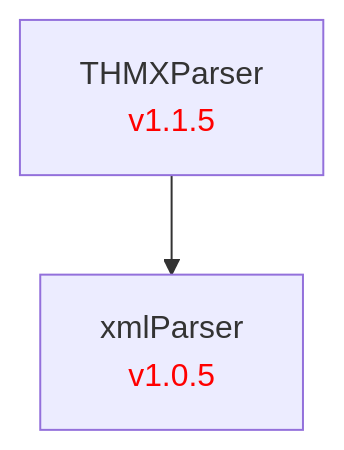
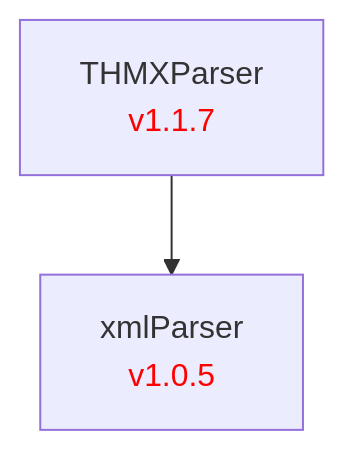
One commit to LBNL-ETA/THMXParser changed the diagram in doc/THMXParser.md. Above: the diagram before and after it, drawn with Mermaid. The commit also changed 2 other files, not shown here.

Commit message:
Bump to v1.1.7; googletest 1.17.0; refresh dep chart

````diff
--- a/doc/THMXParser.md
+++ b/doc/THMXParser.md
@@ -1,9 +1,9 @@
 ```mermaid
 graph TD
     %% Package definitions
     xmlParser[xmlParser<br/><font color='red'>v1.0.5</font>]
-    THMXParser[THMXParser<br/><font color='red'>v1.1.5</font>]
+    THMXParser[THMXParser<br/><font color='red'>v1.1.7</font>]
 
     %% Package relations
     THMXParser --> xmlParser
 ```
````
